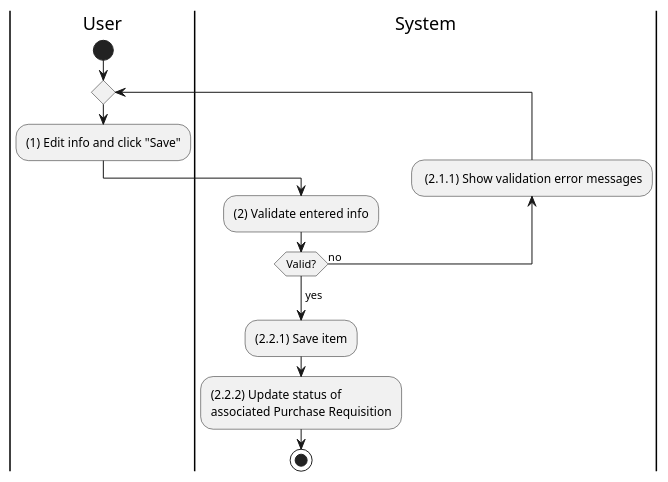
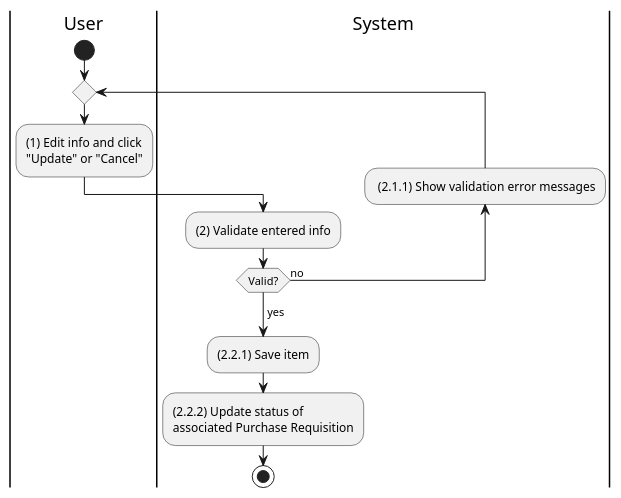
Before and after one commit to phihungha/scmss-reqs: the diagram in activities/purchase-order-update.plantuml, drawn with PlantUML. The commit also changed 7 other files, not shown here.

```diff
--- a/activities/purchase-order-update.plantuml
+++ b/activities/purchase-order-update.plantuml
@@ -1,17 +1,17 @@
 @startuml purchase-order-update
 |u|User
 |s|System
 
 |u|
 start
 repeat
-    :(1) Edit info and click "Save";
+    :(1) Edit info and click\n"Update" or "Cancel";
     |s|
     :(2) Validate entered info;
     backward: (2.1.1) Show validation error messages;
 repeat while (Valid?) is (no)
 ->yes;
 :(2.2.1) Save item;
 :(2.2.2) Update status of\nassociated Purchase Requisition;
 stop
 @enduml
```
